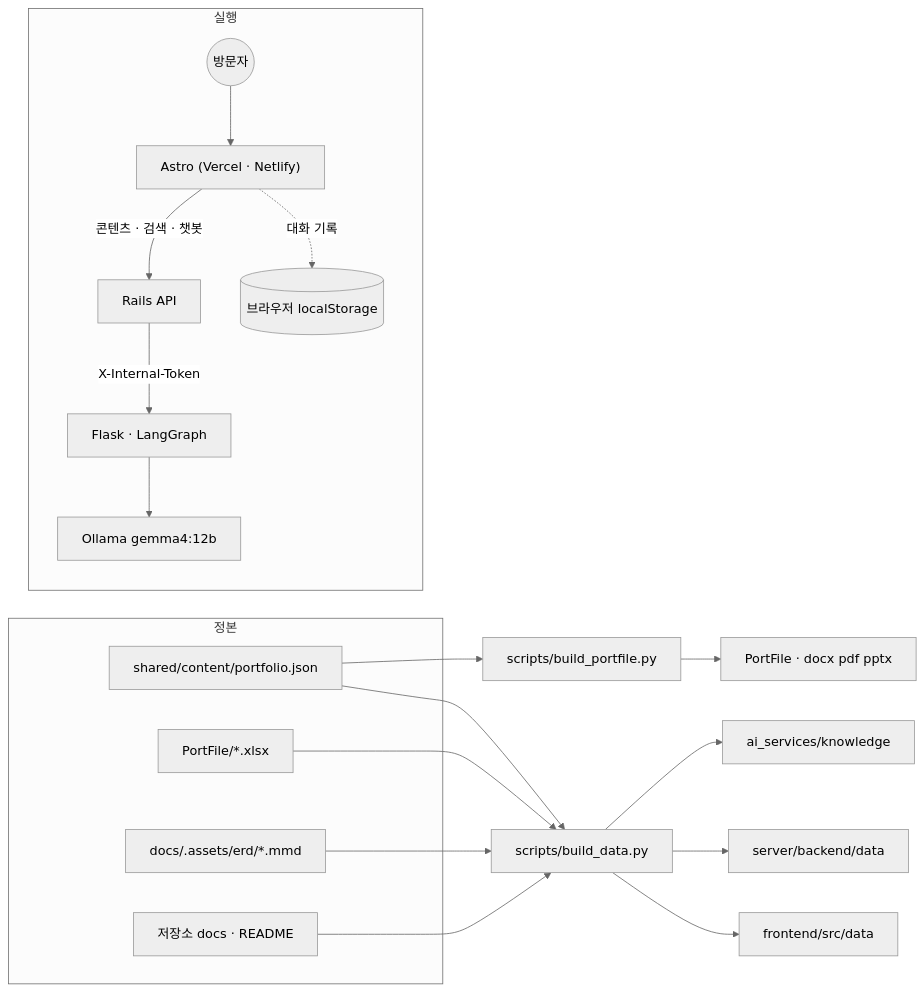
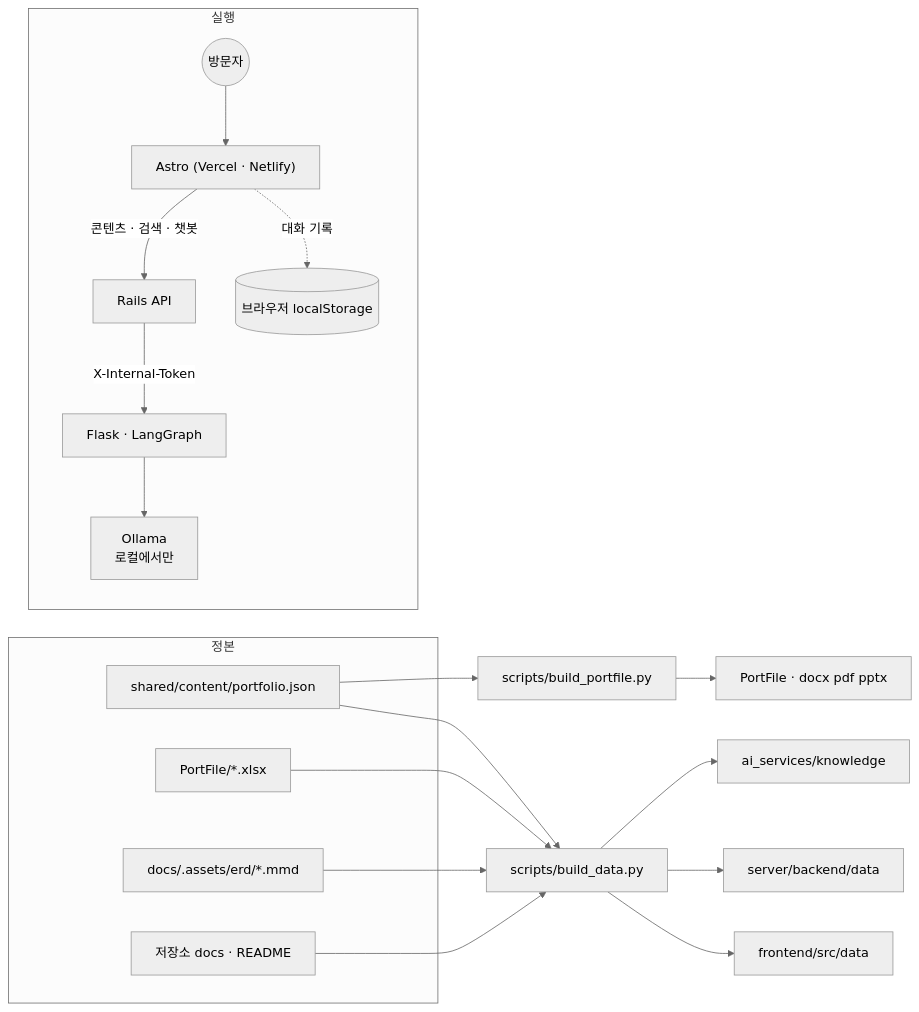
The diagram in PortFolio/README.md (samam0234/CodiComperChat), drawn with Mermaid (neutral theme) before and after one commit. The commit also changed other lines of this file and 20 other files, not shown here.

````diff
--- a/PortFolio/README.md
+++ b/PortFolio/README.md
@@ -24,19 +24,19 @@
 ```mermaid
 flowchart LR
   subgraph SRC["정본"]
     C["shared/content/portfolio.json"]
     X["PortFile/*.xlsx"]
     E["docs/.assets/erd/*.mmd"]
     D["저장소 docs · README"]
   end
   C & X & E & D --> BD["scripts/build_data.py"]
   BD --> FD["frontend/src/data"] & BKD["server/backend/data"] & K["ai_services/knowledge"]
   C --> BP["scripts/build_portfile.py"] --> PF["PortFile · docx pdf pptx"]
   subgraph RUN["실행"]
     U(("방문자")) --> FE["Astro (Vercel · Netlify)"]
     FE -- "콘텐츠 · 검색 · 챗봇" --> RB["Rails API"]
     RB -- "X-Internal-Token" --> FL["Flask · LangGraph"]
-    FL --> OL["Ollama gemma4:12b"]
+    FL --> OL["Ollama<br/>로컬에서만"]
     FE -. "대화 기록" .-> LS[("브라우저 localStorage")]
   end
 ```
````
